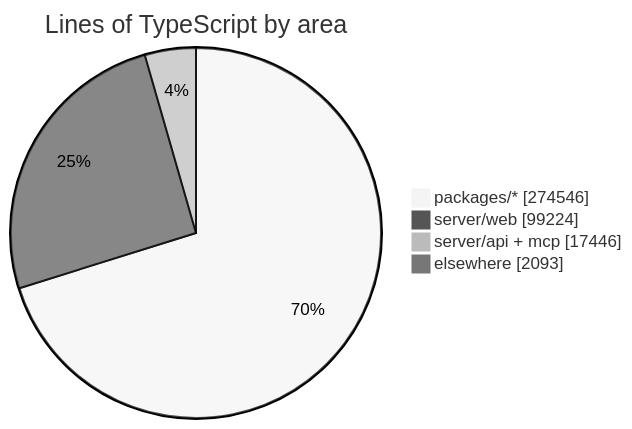
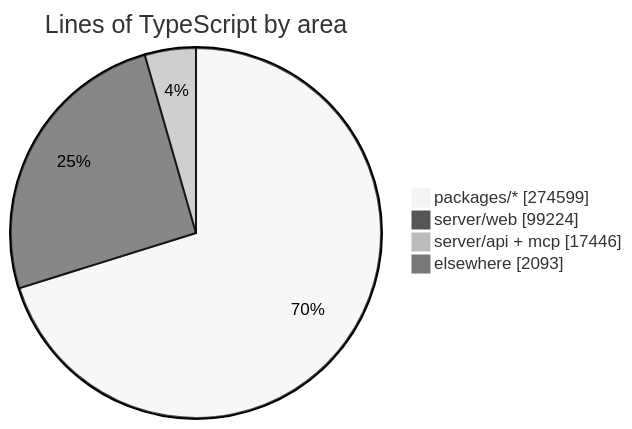
The diagram in README.md (crossworks-engineering/mantle), drawn with Mermaid (neutral theme) before and after one commit. The commit also changed other lines of this file and 2 other files, not shown here.

````diff
--- a/README.md
+++ b/README.md
@@ -294,7 +294,7 @@
 ```mermaid
 pie showData title Lines of TypeScript by area
-    "packages/*" : 274546
+    "packages/*" : 274599
     "server/web" : 99224
     "server/api + mcp" : 17446
     "elsewhere" : 2093
 ```
````
